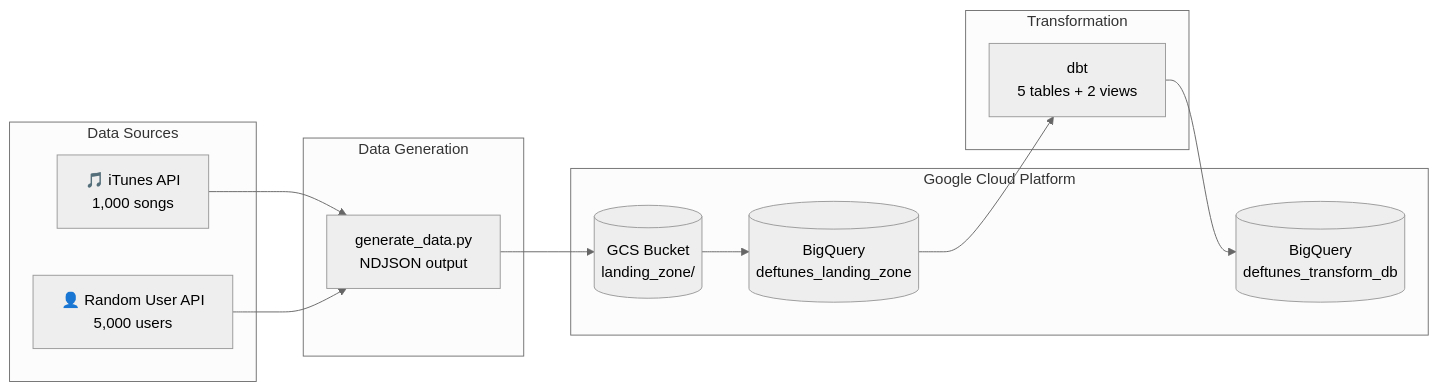
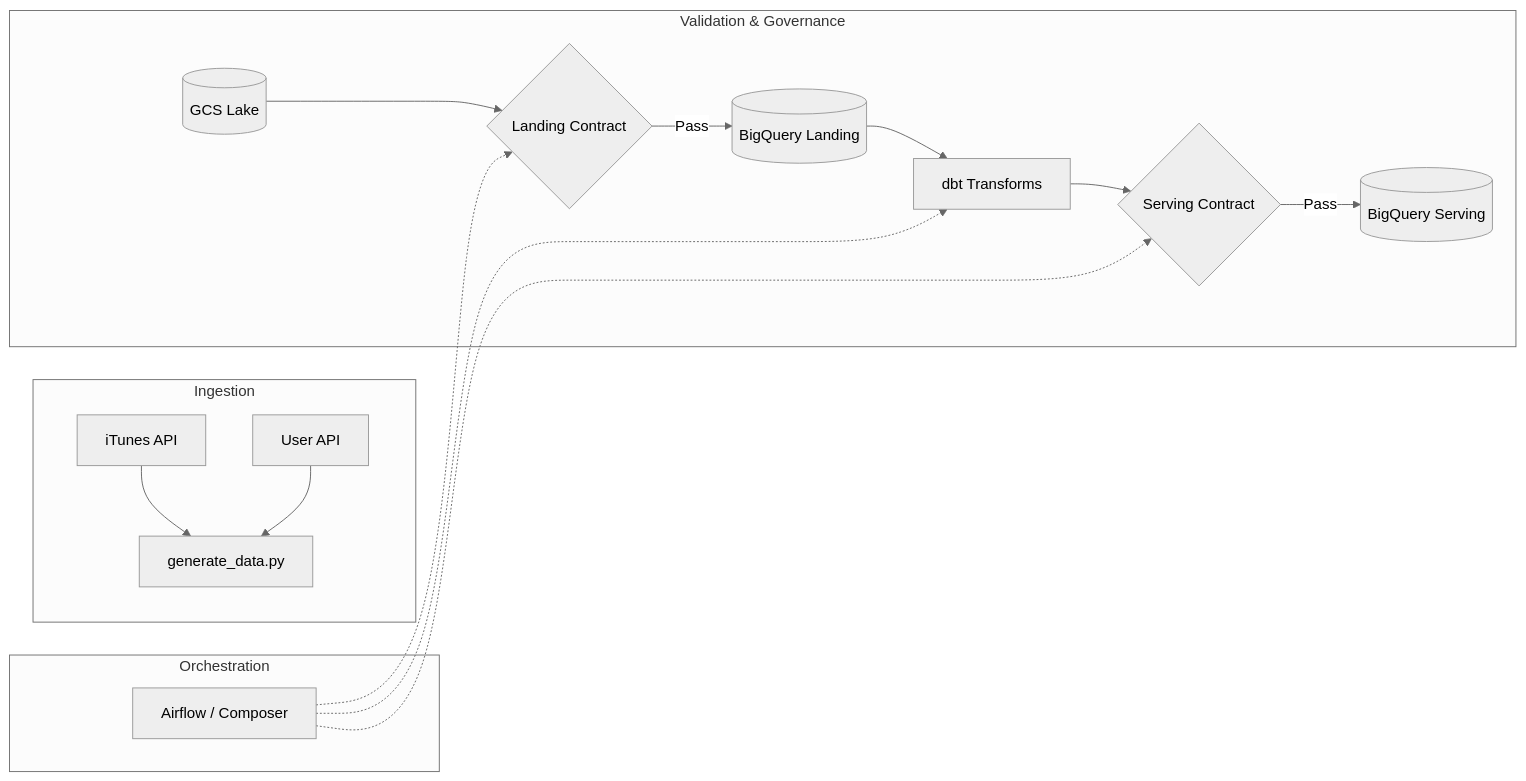
Before and after one commit to Chugh-Gourav/deftunes_data_engineering_rag_capstone: the first of 2 diagrams in README.md, drawn with Mermaid (neutral theme). The commit also changed other lines of this file and 1 other file, not shown here.

````diff
--- a/README.md
+++ b/README.md
@@ -13,28 +21,22 @@
 ```mermaid
 flowchart LR
-    subgraph "Data Sources"
-        A[🎵 iTunes API<br/>1,000 songs]
-        B[👤 Random User API<br/>5,000 users]
+    subgraph "Ingestion"
+        A[iTunes API] --> C[generate_data.py]
+        B[User API] --> C
     end
     
-    subgraph "Data Generation"
-        C[generate_data.py<br/>NDJSON output]
+    subgraph "Validation & Governance"
+        D[(GCS Lake)] --> E{Landing Contract}
+        E -- Pass --> F[(BigQuery Landing)]
+        F --> G[dbt Transforms]
+        G --> H{Serving Contract}
+        H -- Pass --> I[(BigQuery Serving)]
     end
     
-    subgraph "Google Cloud Platform"
-        D[(GCS Bucket<br/>landing_zone/)]
-        E[(BigQuery<br/>deftunes_landing_zone)]
-        F[(BigQuery<br/>deftunes_transform_db)]
+    subgraph "Orchestration"
+        J[Airflow / Composer]
     end
-    
-    subgraph "Transformation"
-        G[dbt<br/>5 tables + 2 views]
-    end
-    
-    A --> C
-    B --> C
-    C --> D
-    D --> E
-    E --> G
-    G --> F
+    J -.-> E
+    J -.-> G
+    J -.-> H
 ```
````
